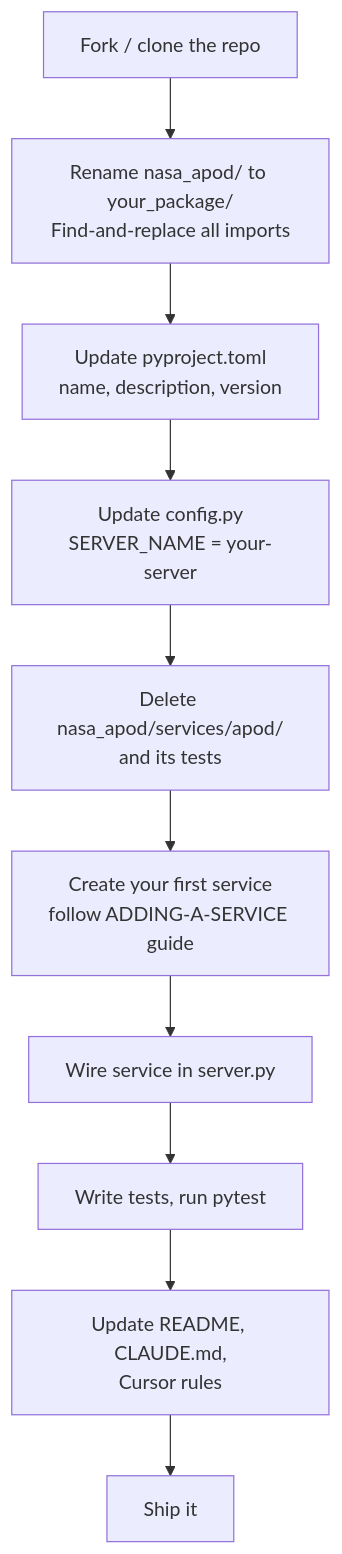
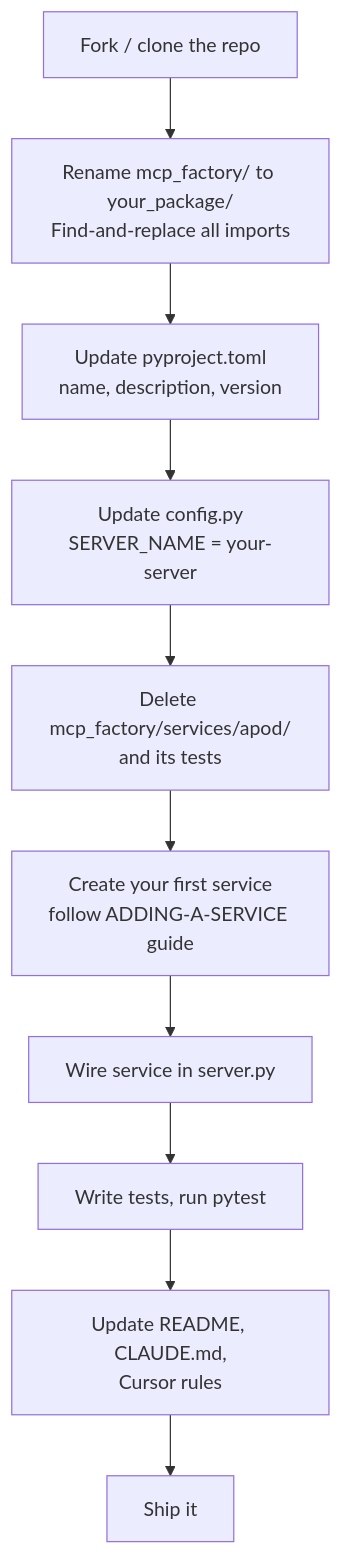
Before and after one commit to decagondev/MCP-Factory: the sixth of 6 diagrams in docs/ARCHITECTURE.md, drawn with Mermaid. The commit also changed other lines of this file and 6 other files, not shown here.

First line of the commit message:
Update documentation and Cursor rules to reference mcp_factory

````diff
--- a/docs/ARCHITECTURE.md
+++ b/docs/ARCHITECTURE.md
@@ -142,12 +142,12 @@
 ```mermaid
 flowchart TD
-    Fork["Fork / clone the repo"] --> Rename["Rename nasa_apod/ to your_package/<br/>Find-and-replace all imports"]
+    Fork["Fork / clone the repo"] --> Rename["Rename mcp_factory/ to your_package/<br/>Find-and-replace all imports"]
     Rename --> Meta["Update pyproject.toml<br/>name, description, version"]
     Meta --> ServerName["Update config.py<br/>SERVER_NAME = your-server"]
-    ServerName --> Delete["Delete nasa_apod/services/apod/<br/>and its tests"]
+    ServerName --> Delete["Delete mcp_factory/services/apod/<br/>and its tests"]
     Delete --> Create["Create your first service<br/>follow ADDING-A-SERVICE guide"]
     Create --> Register["Wire service in server.py"]
     Register --> Test["Write tests, run pytest"]
     Test --> Docs["Update README, CLAUDE.md,<br/>Cursor rules"]
     Docs --> Ship["Ship it"]
 ```
````
